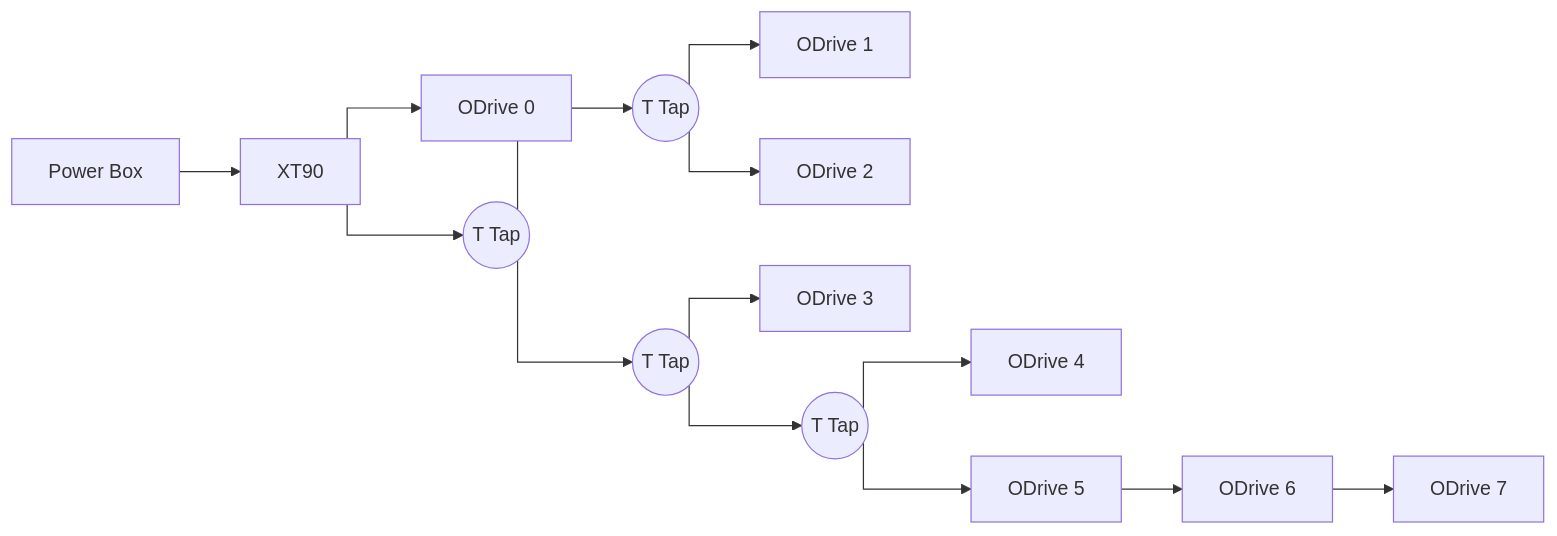
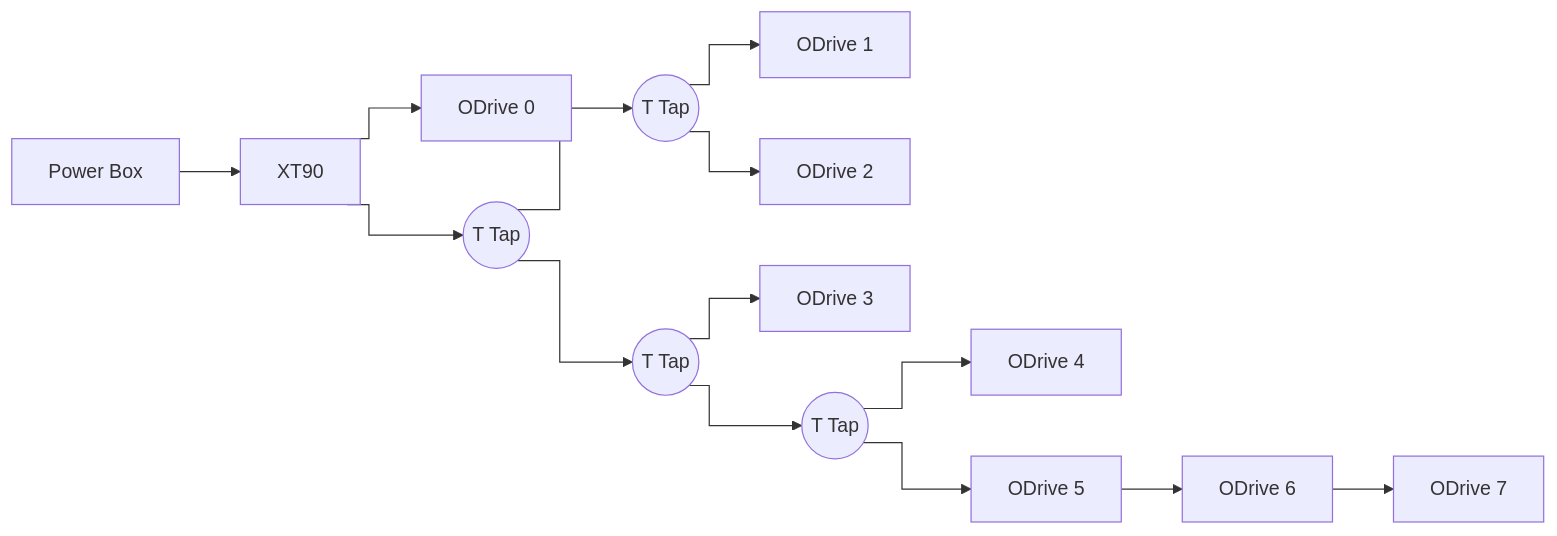
One commit to JesseDarr/dARM changed the second of 2 diagrams in README.md. Above: the diagram before and after it, drawn with Mermaid.

````diff
--- a/README.md
+++ b/README.md
@@ -166,17 +166,17 @@
 ```mermaid
-%%{ init: { 'flowchart': { 'curve': 'stepBefore' } } }%%
+%%{ init: { 'flowchart': { 'curve': 'step' } } }%%
 flowchart LR
     PowerBox[Power Box] --> XT90[XT90]
     XT90 --> ODrive0[ODrive 0]
     XT90 --> T0((T Tap))
     T0 --> T1((T Tap))
     T0 --> T2((T Tap))
     T1 --> ODrive1[ODrive 1]
     T1 --> ODrive2[ODrive 2]
     T2 --> ODrive3[ODrive 3]
     T2 --> T3((T Tap))
     T3 --> ODrive4[ODrive 4]
     T3 --> ODrive5[ODrive 5]
     ODrive5 --> ODrive6[ODrive 6]
     ODrive6 --> ODrive7[ODrive 7]
 ```
````
